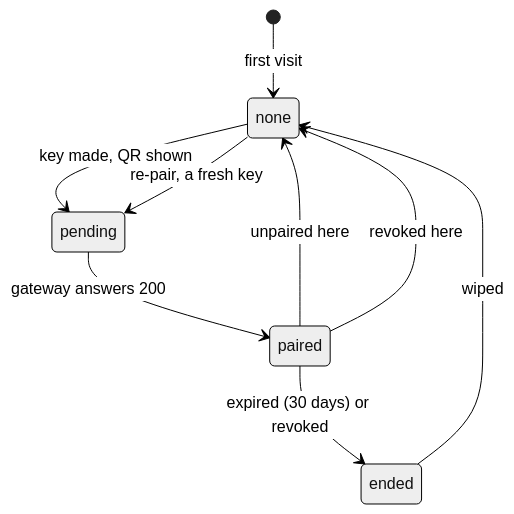
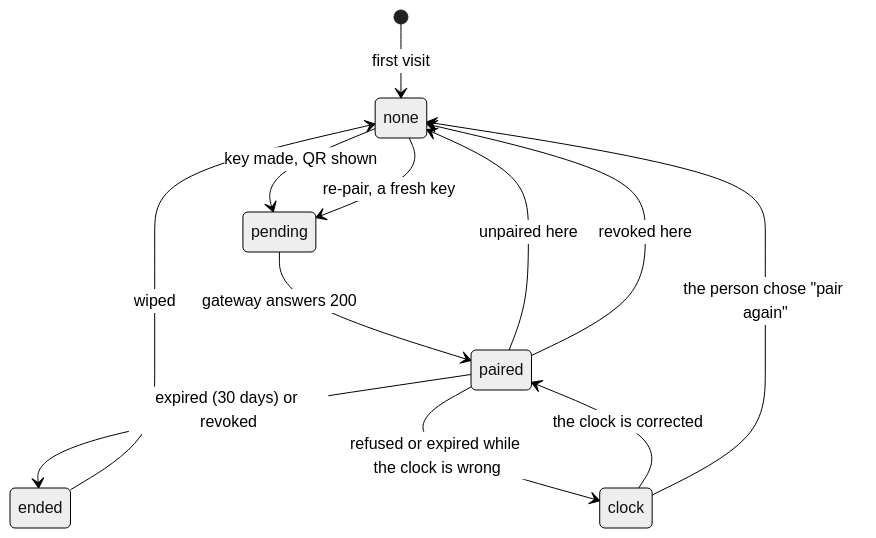
One commit to vaam-apps/vsms changed the fourth of 4 diagrams in docs/design/console-pairing.md. Above: the diagram before and after it, drawn with Mermaid (neutral theme). The commit also changed other lines of this file and 1 other file, not shown here.

First line of the commit message:
docs(console): the key's clock status, the opener, and what the tests now hold

````diff
--- a/docs/design/console-pairing.md
+++ b/docs/design/console-pairing.md
@@ -259,11 +259,14 @@
 ```mermaid
 stateDiagram-v2
     [*] --> none: first visit
     none --> pending: key made, QR shown
     pending --> paired: gateway answers 200
     paired --> ended: expired (30 days) or revoked
+    paired --> clock: refused or expired while the clock is wrong
+    clock --> paired: the clock is corrected
+    clock --> none: the person chose "pair again"
     paired --> none: unpaired here
     paired --> none: revoked here
     ended --> none: wiped
     none --> pending: re-pair, a fresh key
 ```
````
